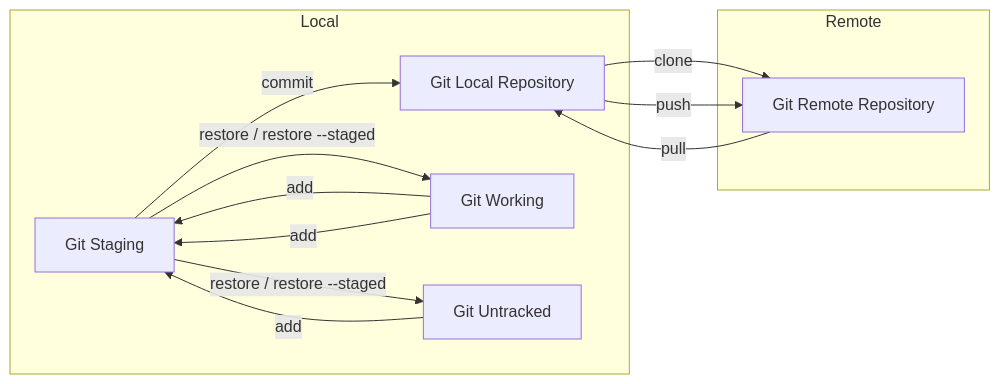
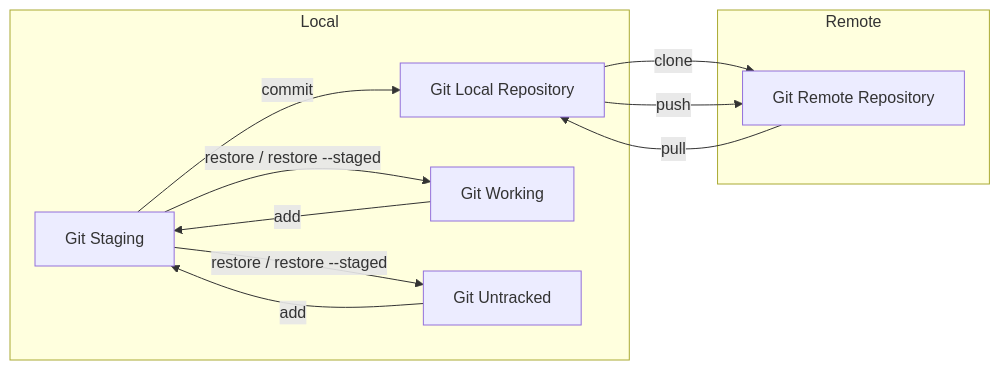
Before and after one commit to lankahsu520/HelperX: the second of 11 diagrams in helper_SVNvsGit.md, drawn with Mermaid. The commit also changed other lines of this file, not shown here.

````diff
--- a/helper_SVNvsGit.md
+++ b/helper_SVNvsGit.md
@@ -27,25 +32,24 @@
 ```mermaid
 flowchart LR
 	subgraph Local
 		Git-Local[Git Local Repository]
 		Git-Staging[Git Staging]
 		Git-Working[Git Working]
 
 		Git-Untracked[Git Untracked]
 	end
 	subgraph Remote
 		Git-Remote[Git Remote Repository]
 	end
 
 	Git-Untracked --> |add|Git-Staging
 	Git-Staging --> |restore / restore --staged| Git-Untracked
 
 	Git-Working --> |add|Git-Staging
 	Git-Staging --> |restore / restore --staged| Git-Working
 	
-	Git-Working --> |add|Git-Staging
 	Git-Staging --> |commit|Git-Local
 	Git-Local --> |clone|Git-Remote
   Git-Local --> |push|Git-Remote
 	Git-Remote --> |pull|Git-Local
 ```
````
